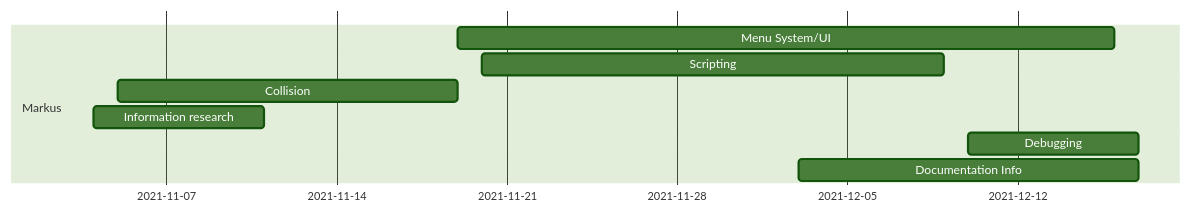
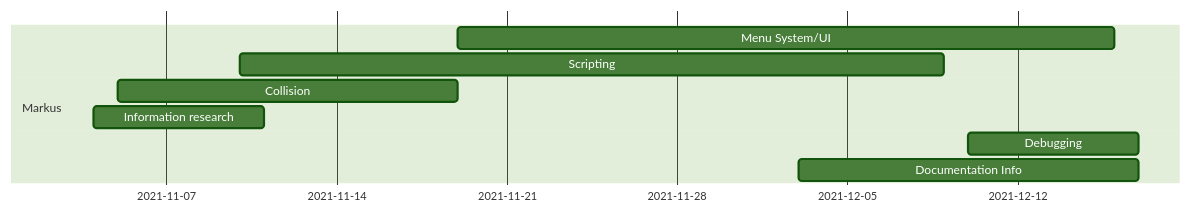
One commit to IlkkaTakala/Eril-Engine changed the sixth of 7 diagrams in docs/ProjectPlan.md. Above: the diagram before and after it, drawn with Mermaid (forest theme). The commit also changed other lines of this file, not shown here.

Commit message:
Added two personal timelines

````diff
--- a/docs/ProjectPlan.md
+++ b/docs/ProjectPlan.md
@@ -107,12 +107,12 @@
 ```mermaid
 gantt
 dateFormat  DD-MM
 
 section Markus
 Menu System/UI          :         mades1, 19-11, 16-12
-Scripting               :         mades2, 20-11, 09-12
+Scripting               :         mades2, 10-11, 09-12
 Collision               :         mades3, 05-11, 19-11
 Information research    :         mades6, 04-11, 11-11
 Debugging               :         mades8, 10-12, 17-12
 Documentation Info      :         mades9, 03-12, 17-12
 ```
````
